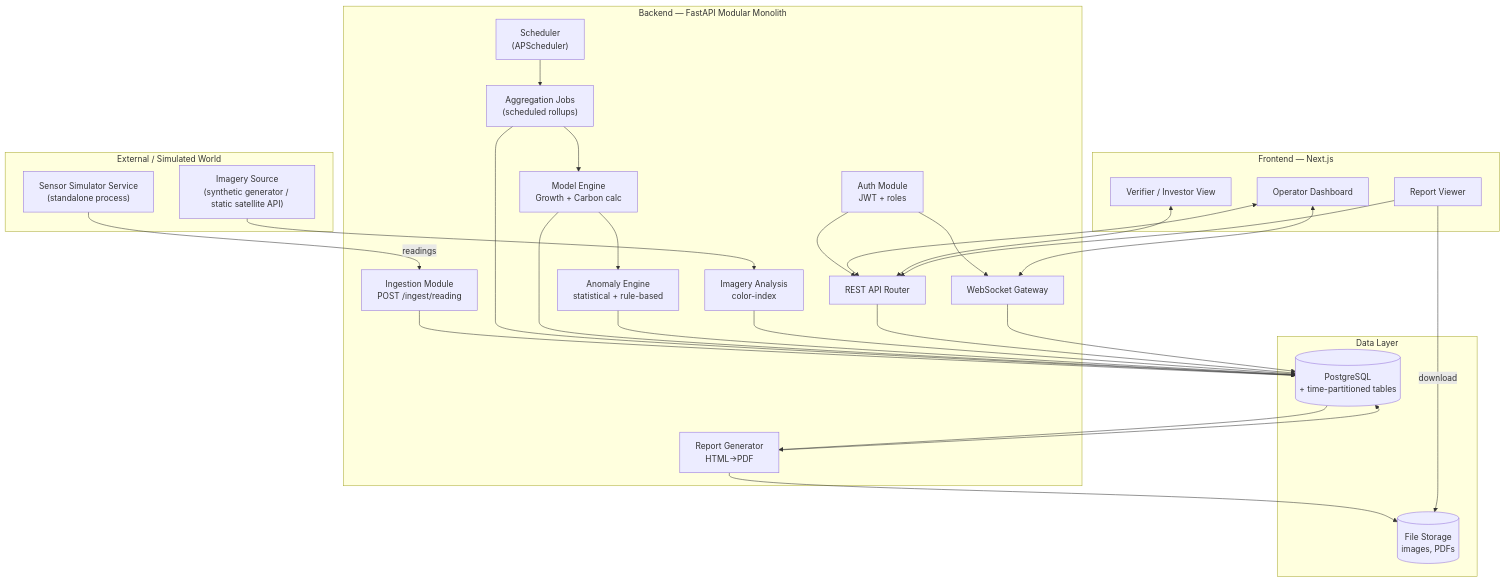
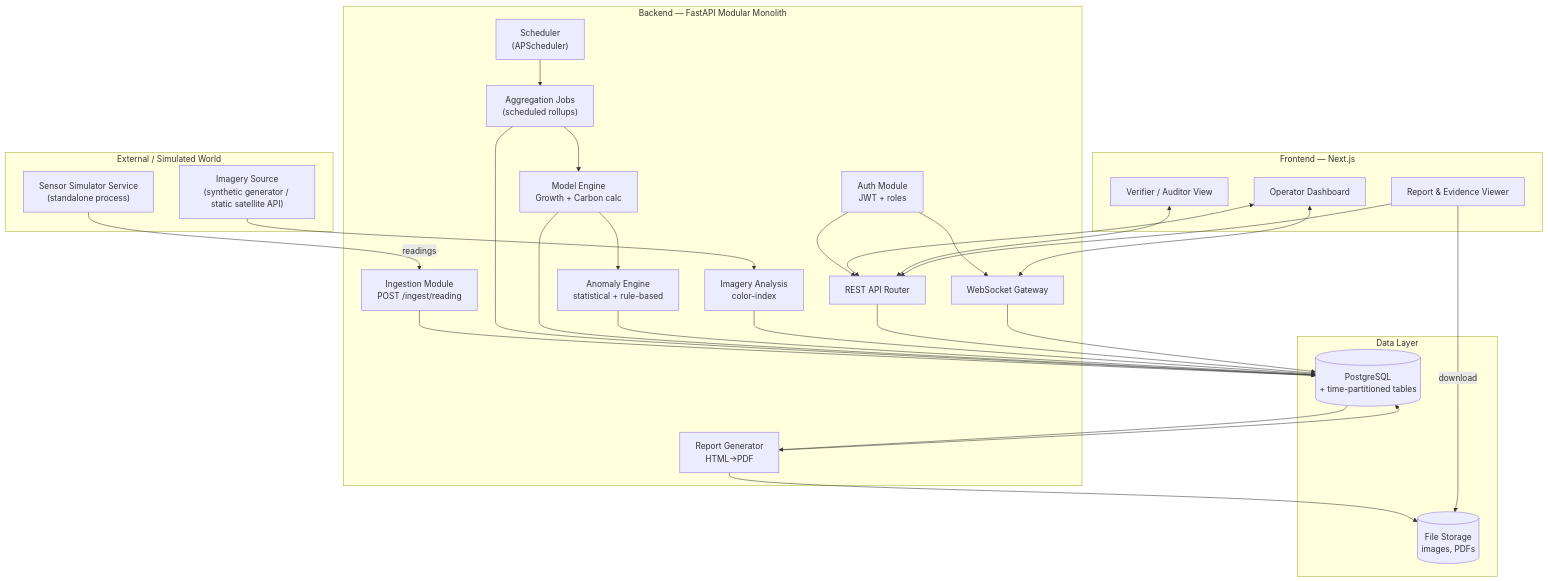
One commit to VekariaDharmesh/AlgaX changed the first of 4 diagrams in architecture.md. Above: the diagram before and after it, drawn with Mermaid. The commit also changed other lines of this file and 25 other files, not shown here.

````diff
--- a/architecture.md
+++ b/architecture.md
@@ -12,56 +12,56 @@
 ```mermaid
 flowchart TB
     subgraph EXT["External / Simulated World"]
         SIM["Sensor Simulator Service\n(standalone process)"]
         IMG["Imagery Source\n(synthetic generator / static satellite API)"]
     end
 
     subgraph API["Backend — FastAPI Modular Monolith"]
         ING["Ingestion Module\nPOST /ingest/reading"]
         AGG["Aggregation Jobs\n(scheduled rollups)"]
         MODEL["Model Engine\nGrowth + Carbon calc"]
         ANOM["Anomaly Engine\nstatistical + rule-based"]
         IMGAN["Imagery Analysis\ncolor-index"]
         RPT["Report Generator\nHTML→PDF"]
         AUTH["Auth Module\nJWT + roles"]
         REST["REST API Router"]
         WS["WebSocket Gateway"]
         SCHED["Scheduler\n(APScheduler)"]
     end
 
     subgraph DATA["Data Layer"]
         PG[("PostgreSQL\n+ time-partitioned tables")]
         FS[("File Storage\nimages, PDFs")]
     end
 
     subgraph CLIENT["Frontend — Next.js"]
         DASH["Operator Dashboard"]
-        VVIEW["Verifier / Investor View"]
-        RPTV["Report Viewer"]
+        VVIEW["Verifier / Auditor View"]
+        RPTV["Report & Evidence Viewer"]
     end
 
     SIM -->|readings| ING
     IMG --> IMGAN
     ING --> PG
     SCHED --> AGG
     AGG --> PG
     AGG --> MODEL
     MODEL --> PG
     MODEL --> ANOM
     ANOM --> PG
     IMGAN --> PG
     PG --> RPT
     RPT --> FS
     RPT --> PG
 
     REST --> PG
     WS --> PG
     AUTH --> REST
     AUTH --> WS
 
     DASH <--> REST
     DASH <--> WS
     VVIEW <--> REST
     RPTV --> REST
     RPTV -->|download| FS
 ```
````
